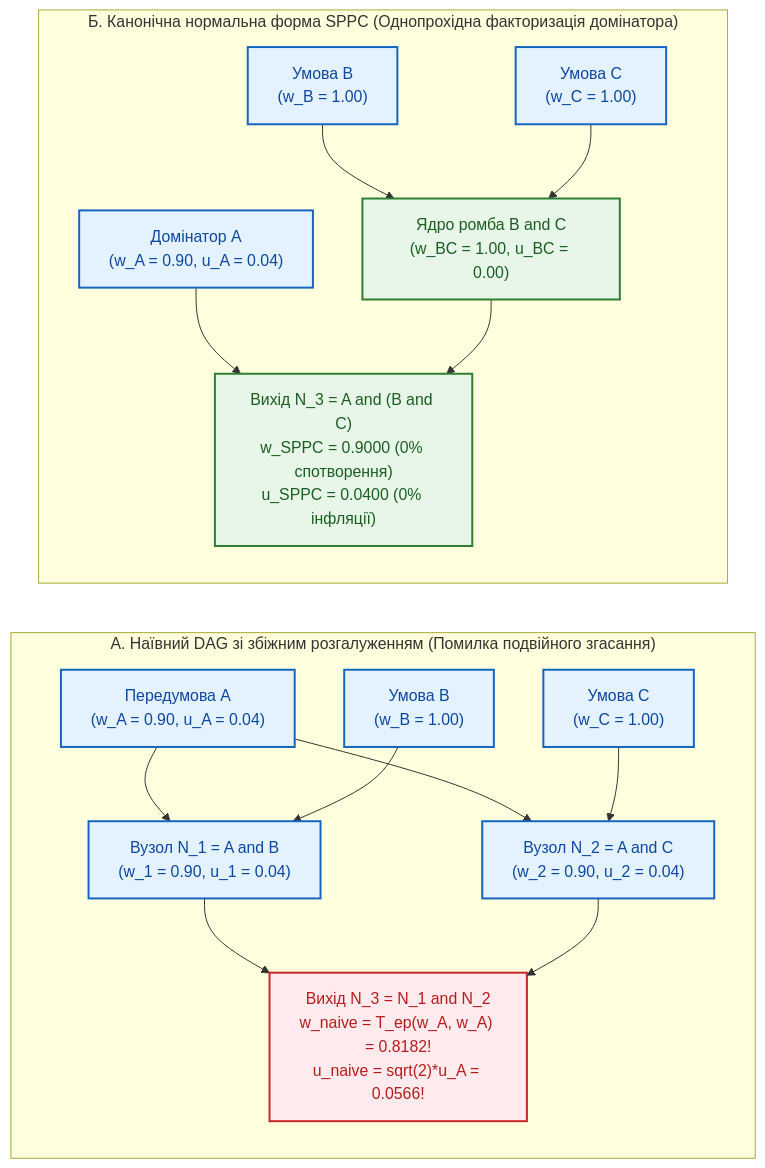
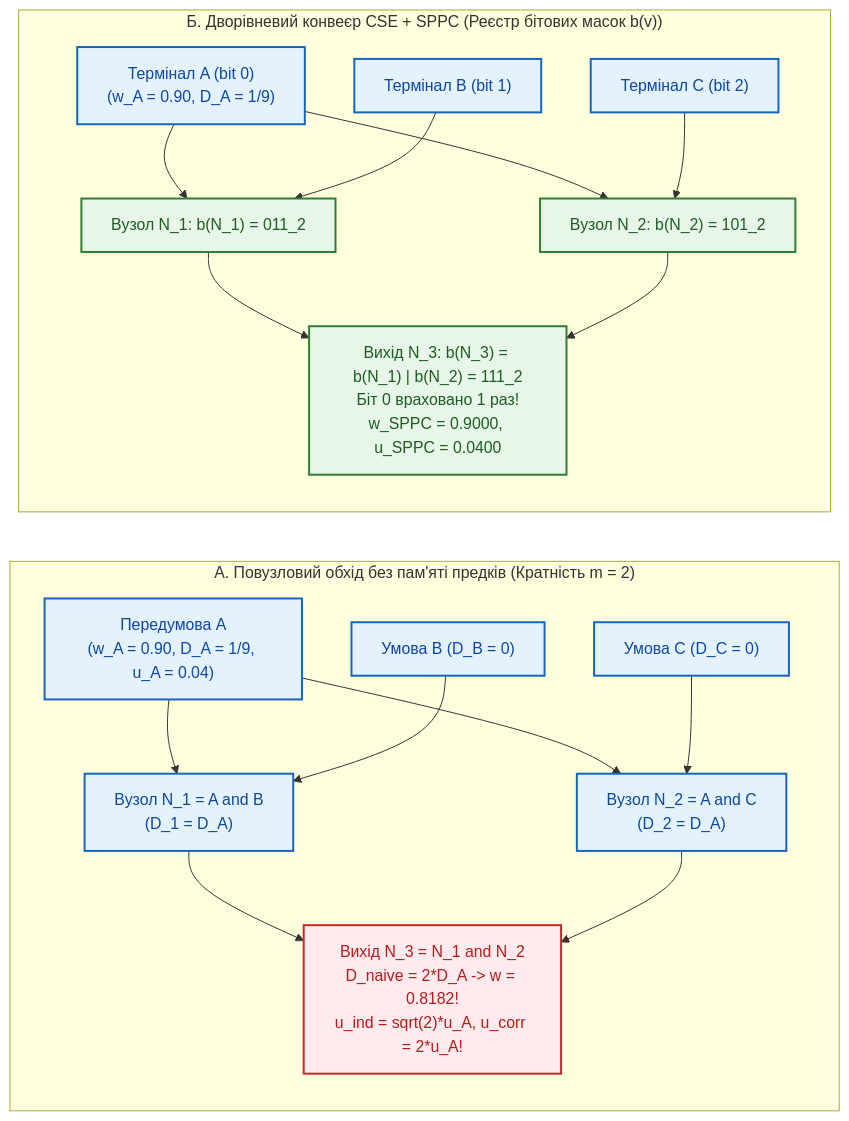
The diagram in Epistemic_Circuit_Theory/memo-05-logic-synthesis-reconvergent-fanout-and-canonical-minimization.md (nick-fedchik/articles), drawn with Mermaid before and after one commit. The commit also changed other lines of this file and 4 other files, not shown here.

````diff
--- a/Epistemic_Circuit_Theory/memo-05-logic-synthesis-reconvergent-fanout-and-canonical-minimization.md
+++ b/Epistemic_Circuit_Theory/memo-05-logic-synthesis-reconvergent-fanout-and-canonical-minimization.md
@@ -32,36 +38,38 @@
 ```mermaid
 flowchart LR
-    accTitle: Рисунок 1. Парадокс збіжного розгалуження (Reconvergent Fan-out) та його усунення через SPPC-факторизацію домінатора
-    accDescr: Зліва показано наївну ромбоподібну схему, де передумова A проходить двома гілками через N1 і N2 і двічі перемножується за Т-нормою Гамахера у вузлі N3; справа показано канонічну схему SPPC після виносу домінатора A за межі ромба.
+    accTitle: Рисунок 1. Подвійний облік спільного предка на збіжному розгалуженні та його усунення через конвеєр CSE + SPPC
+    accDescr: Зліва показано повузловий обхід DAG без обліку спільних предків, де передумова A проходить двома гілками через N1 і N2 і двічі додає деградацію D(A) у вузлі N3; справа показано дворівневий конвеєр CSE + SPPC, де маска предків b(v) гарантує однократне додавання D(A).
 
-    subgraph NaiveDAG ["А. Наївний DAG зі збіжним розгалуженням (Помилка подвійного згасання)"]
-        A1["Передумова A\n(w_A = 0.90, u_A = 0.04)"]
-        B1["Умова B\n(w_B = 1.00)"]
-        C1["Умова C\n(w_C = 1.00)"]
-        N1["Вузол N_1 = A and B\n(w_1 = 0.90, u_1 = 0.04)"]
-        N2["Вузол N_2 = A and C\n(w_2 = 0.90, u_2 = 0.04)"]
-        N3["Вихід N_3 = N_1 and N_2\nw_naive = T_ep(w_A, w_A) = 0.8182!\nu_naive = sqrt(2)*u_A = 0.0566!"]
+    subgraph NaiveDAG ["А. Повузловий обхід без пам'яті предків (Кратність m = 2)"]
+        A1["Передумова A\n(w_A = 0.90, D_A = 1/9, u_A = 0.04)"]
+        B1["Умова B (D_B = 0)"]
+        C1["Умова C (D_C = 0)"]
+        N1["Вузол N_1 = A and B\n(D_1 = D_A)"]
+        N2["Вузол N_2 = A and C\n(D_2 = D_A)"]
+        N3["Вихід N_3 = N_1 and N_2\nD_naive = 2*D_A -> w = 0.8182!\nu_ind = sqrt(2)*u_A, u_corr = 2*u_A!"]
         A1 --> N1 & N2
         B1 --> N1
         C1 --> N2
         N1 & N2 --> N3
     end
 
-    subgraph CanonicalSPPC ["Б. Канонічна нормальна форма SPPC (Однопрохідна факторизація домінатора)"]
-        A2["Домінатор A\n(w_A = 0.90, u_A = 0.04)"]
-        B2["Умова B\n(w_B = 1.00)"]
-        C2["Умова C\n(w_C = 1.00)"]
-        BC["Ядро ромба B and C\n(w_BC = 1.00, u_BC = 0.00)"]
-        OUT["Вихід N_3 = A and (B and C)\nw_SPPC = 0.9000 (0% спотворення)\nu_SPPC = 0.0400 (0% інфляції)"]
-        B2 & C2 --> BC
-        A2 & BC --> OUT
+    subgraph CanonicalSPPC ["Б. Дворівневий конвеєр CSE + SPPC (Реєстр бітових масок b(v))"]
+        A2["Термінал A (bit 0)\n(w_A = 0.90, D_A = 1/9)"]
+        B2["Термінал B (bit 1)"]
+        C2["Термінал C (bit 2)"]
+        M1["Вузол N_1: b(N_1) = 011_2"]
+        M2["Вузол N_2: b(N_2) = 101_2"]
+        OUT["Вихід N_3: b(N_3) = b(N_1) | b(N_2) = 111_2\nБіт 0 враховано 1 раз!\nw_SPPC = 0.9000, u_SPPC = 0.0400"]
+        A2 & B2 --> M1
+        A2 & C2 --> M2
+        M1 & M2 --> OUT
     end
 
     classDef hazardNode fill:#ffebee,stroke:#c62828,stroke-width:2px,color:#b71c1c;
     classDef safeNode fill:#e8f5e9,stroke:#2e7d32,stroke-width:2px,color:#1b5e20;
     classDef inputNode fill:#e3f2fd,stroke:#1565c0,stroke-width:2px,color:#0d47a1;
 
     class N3 hazardNode;
-    class OUT,BC safeNode;
+    class OUT,M1,M2 safeNode;
     class A1,B1,C1,N1,N2,A2,B2,C2 inputNode;
 ```
````
